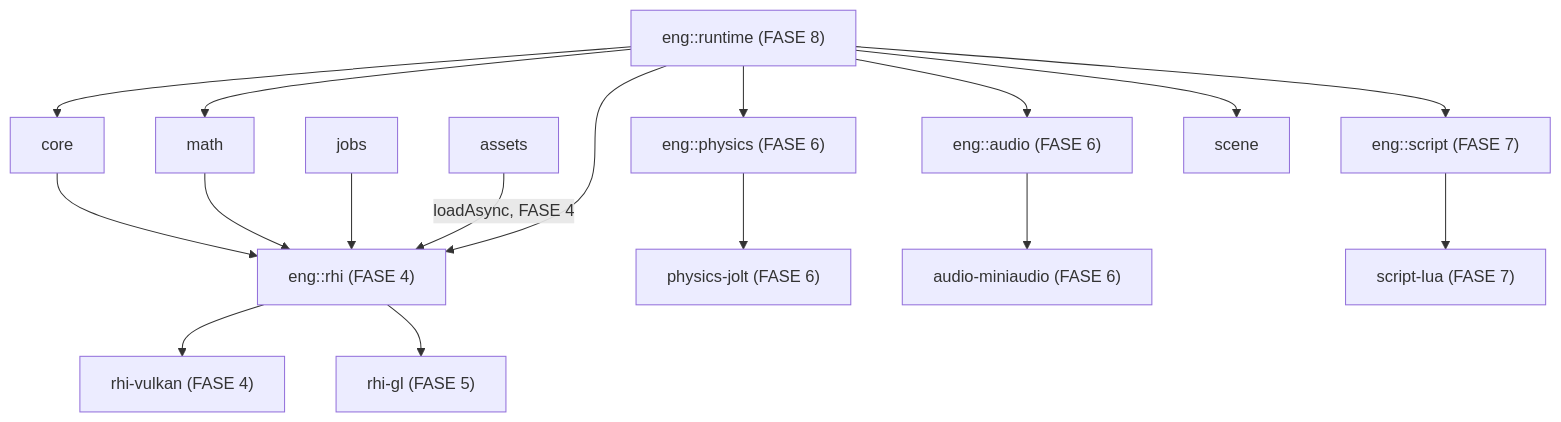
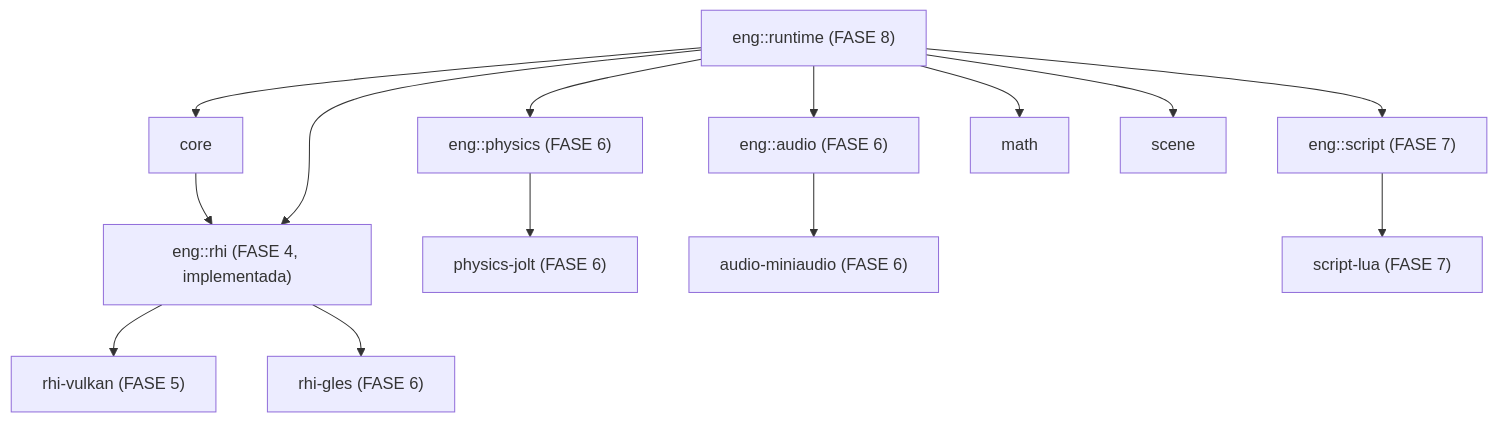
One commit to criandojogodenovo-sketch/g.oni changed the second of 2 diagrams in docs/architecture/00-overview.md. Above: the diagram before and after it, drawn with Mermaid. The commit also changed other lines of this file and 16 other files, not shown here.

````diff
--- a/docs/architecture/00-overview.md
+++ b/docs/architecture/00-overview.md
@@ -104,13 +105,10 @@
 ```mermaid
 graph TD
-    core --> rhi["eng::rhi (FASE 4)"]
-    math --> rhi
-    jobs --> rhi
-    assets -->|loadAsync, FASE 4| rhi
-    rhi --> rhi_vulkan["rhi-vulkan (FASE 4)"]
-    rhi --> rhi_gl["rhi-gl (FASE 5)"]
+    core --> rhi["eng::rhi (FASE 4, implementada)"]
+    rhi --> rhi_vulkan["rhi-vulkan (FASE 5)"]
+    rhi --> rhi_gl["rhi-gles (FASE 6)"]
     physics["eng::physics (FASE 6)"] --> physics_jolt["physics-jolt (FASE 6)"]
     audio["eng::audio (FASE 6)"] --> audio_ma["audio-miniaudio (FASE 6)"]
     script["eng::script (FASE 7)"] --> script_lua["script-lua (FASE 7)"]
     runtime["eng::runtime (FASE 8)"] --> core & math & scene & rhi & physics & audio & script
 ```
````
